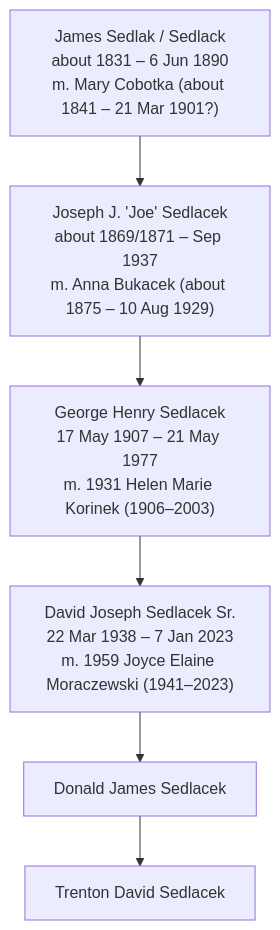
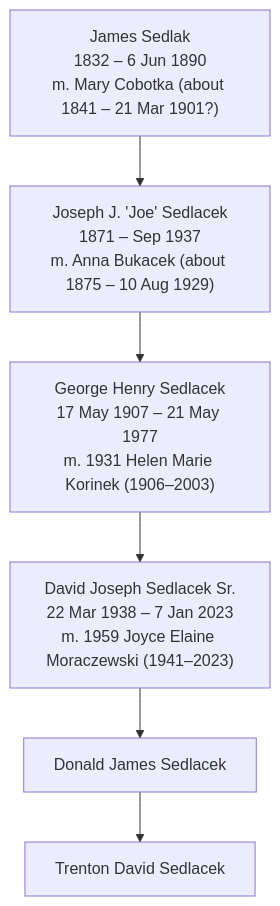
Before and after one commit to TrentonSedlacek/Ancestry: the diagram in PATRILINEAL_LINE.md, drawn with Mermaid. The commit also changed other lines of this file, not shown here.

First line of the commit message:
Use historian's chart values as primary; note conflicting records alongside

````diff
--- a/PATRILINEAL_LINE.md
+++ b/PATRILINEAL_LINE.md
@@ -5,10 +5,10 @@
 ```mermaid
 flowchart TD
-    G1["James Sedlak / Sedlack<br/>about 1831 – 6 Jun 1890<br/>m. Mary Cobotka (about 1841 – 21 Mar 1901?)"]
-    G2["Joseph J. 'Joe' Sedlacek<br/>about 1869/1871 – Sep 1937<br/>m. Anna Bukacek (about 1875 – 10 Aug 1929)"]
+    G1["James Sedlak<br/>1832 – 6 Jun 1890<br/>m. Mary Cobotka (about 1841 – 21 Mar 1901?)"]
+    G2["Joseph J. 'Joe' Sedlacek<br/>1871 – Sep 1937<br/>m. Anna Bukacek (about 1875 – 10 Aug 1929)"]
     G3["George Henry Sedlacek<br/>17 May 1907 – 21 May 1977<br/>m. 1931 Helen Marie Korinek (1906–2003)"]
     G4["David Joseph Sedlacek Sr.<br/>22 Mar 1938 – 7 Jan 2023<br/>m. 1959 Joyce Elaine Moraczewski (1941–2023)"]
     G5["Donald James Sedlacek"]
     G6["Trenton David Sedlacek"]
     G1 --> G2 --> G3 --> G4 --> G5 --> G6
 ```
````
